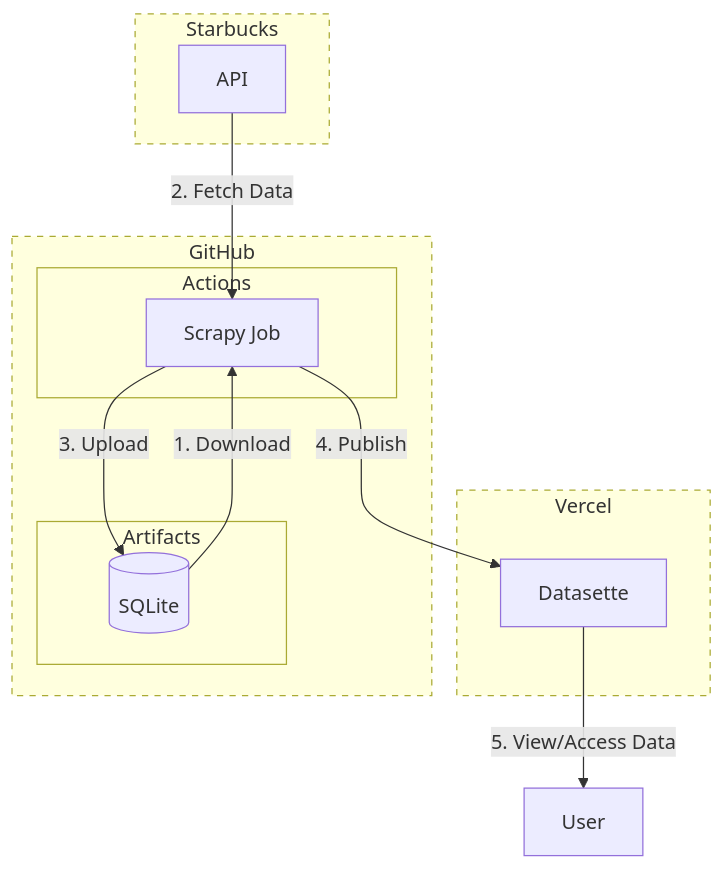
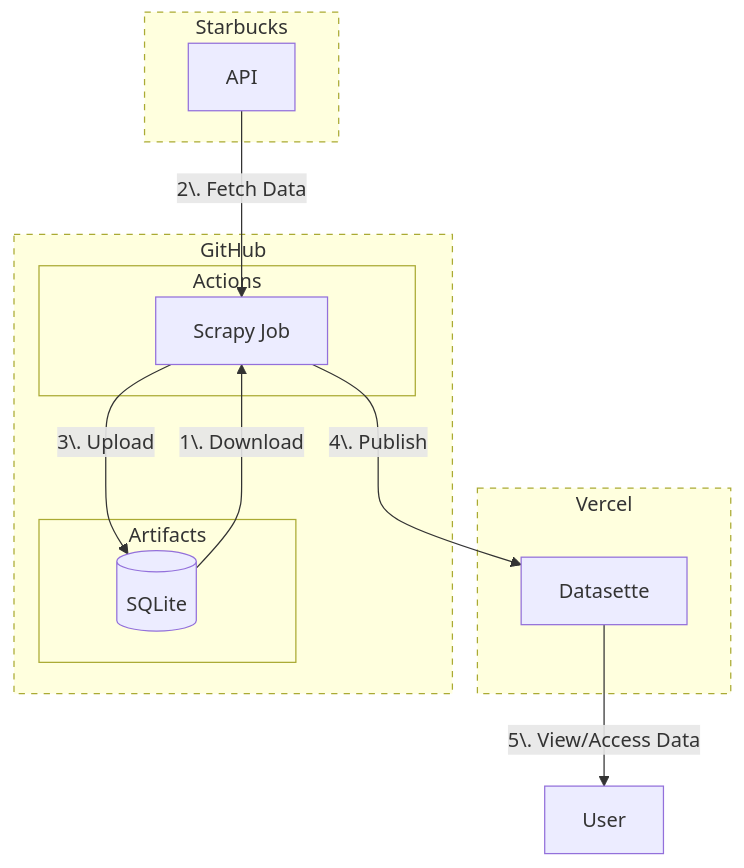
Before and after one commit to ngshiheng/starbucksdb: the first of 2 diagrams in README.md, drawn with Mermaid.

Commit message:
docs: fix markdown syntax

````diff
--- a/README.md
+++ b/README.md
@@ -9,34 +9,34 @@
 ```mermaid
 graph TB
     subgraph Vercel
         deployment[Datasette]
         class deployment vercel;
     end
 
     subgraph GitHub
         subgraph Actions
             scraper[Scrapy Job]
             class scraper actions;
         end
         subgraph Artifacts
             db[(SQLite)]
             class db artifacts;
         end
     end
 
     subgraph Starbucks
         api[API]
         class api starbucks;
     end
 
-    db --> |1. Download| scraper
-    api --> |2. Fetch Data| scraper
-    scraper --> |3. Upload| db
-    scraper --> |4. Publish| deployment
-    deployment --> |5. View/Access Data| client[User]
+    db --> |1\. Download| scraper
+    api --> |2\. Fetch Data| scraper
+    scraper --> |3\. Upload| db
+    scraper --> |4\. Publish| deployment
+    deployment --> |5\. View/Access Data| client[User]
 
     %% Apply dotted line styles
     style Vercel stroke-dasharray: 5 5;
     style GitHub stroke-dasharray: 5 5;
     style Starbucks stroke-dasharray: 5 5;
 ```
````
